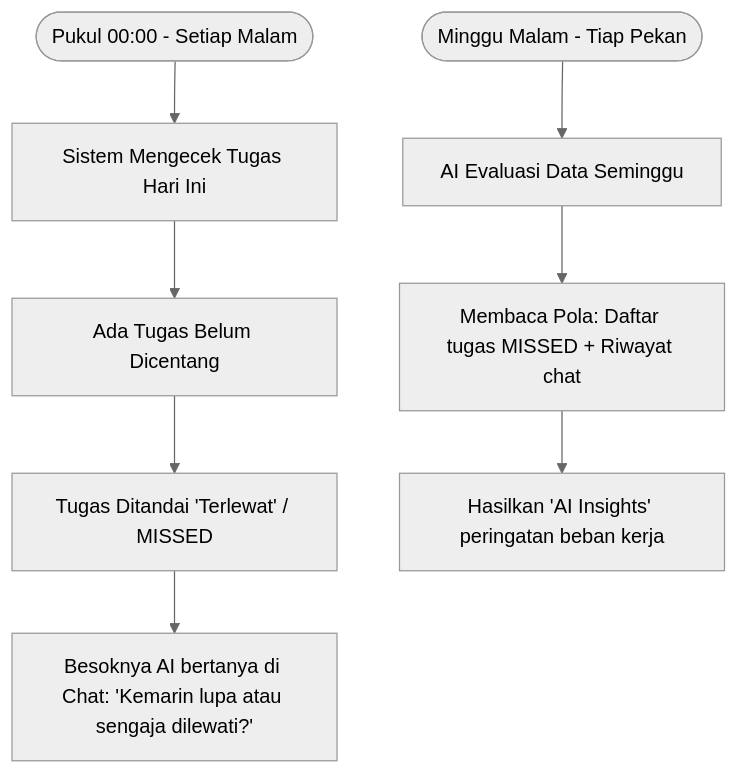
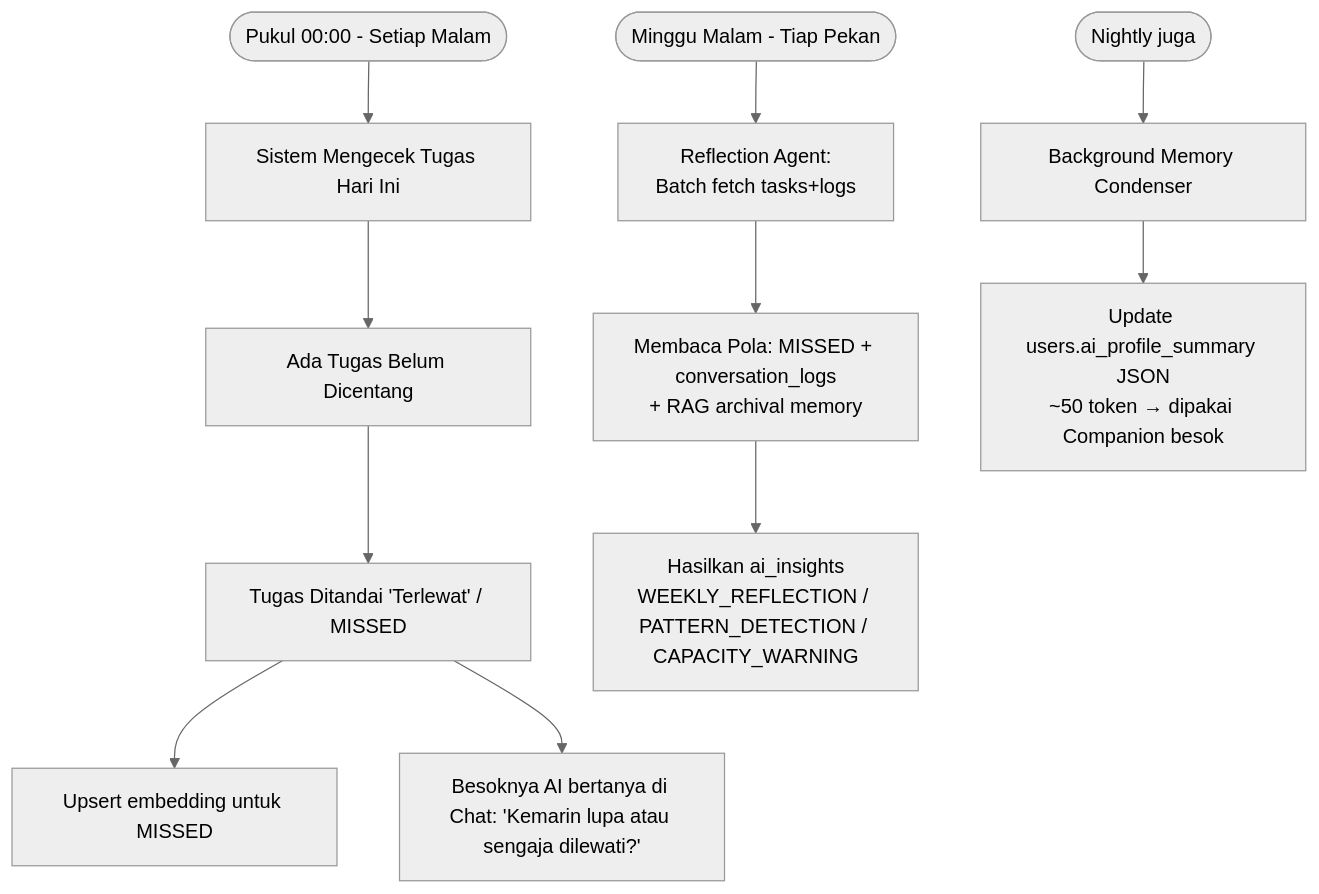
Before and after one commit to alurprojects/alurproject: the seventh of 9 diagrams in .agents/skills/read-docs/docs/mindmap.md, drawn with Mermaid (neutral theme). The commit also changed other lines of this file and 14 other files, not shown here.

````diff
--- a/.agents/skills/read-docs/docs/mindmap.md
+++ b/.agents/skills/read-docs/docs/mindmap.md
@@ -148,11 +200,15 @@
 ```mermaid
 flowchart TD
     Start([Pukul 00:00 - Setiap Malam]) --> Cek[Sistem Mengecek Tugas Hari Ini]
     Cek --> Sisa[Ada Tugas Belum Dicentang]
     Sisa --> Missed[Tugas Ditandai 'Terlewat' / MISSED]
+    Missed --> EmbedMiss[Upsert embedding untuk MISSED]
     Missed --> Ask[Besoknya AI bertanya di Chat: 'Kemarin lupa atau sengaja dilewati?']
-    
-    Start2([Minggu Malam - Tiap Pekan]) --> Refl[AI Evaluasi Data Seminggu]
-    Refl --> Combine[Membaca Pola: Daftar tugas MISSED + Riwayat chat]
-    Combine --> Insight[Hasilkan 'AI Insights' peringatan beban kerja]
+
+    Start2([Minggu Malam - Tiap Pekan]) --> Refl[Reflection Agent:<br/>Batch fetch tasks+logs]
+    Refl --> Combine[Membaca Pola: MISSED + conversation_logs<br/>+ RAG archival memory]
+    Combine --> Insight[Hasilkan ai_insights<br/>WEEKLY_REFLECTION / PATTERN_DETECTION / CAPACITY_WARNING]
+
+    Start3([Nightly juga]) --> Condenser[Background Memory Condenser]
+    Condenser --> Profile[Update users.ai_profile_summary JSON<br/>~50 token → dipakai Companion besok]
 ```
````
